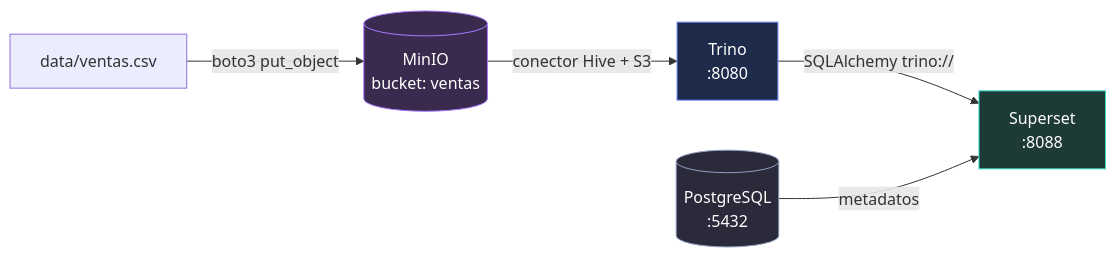
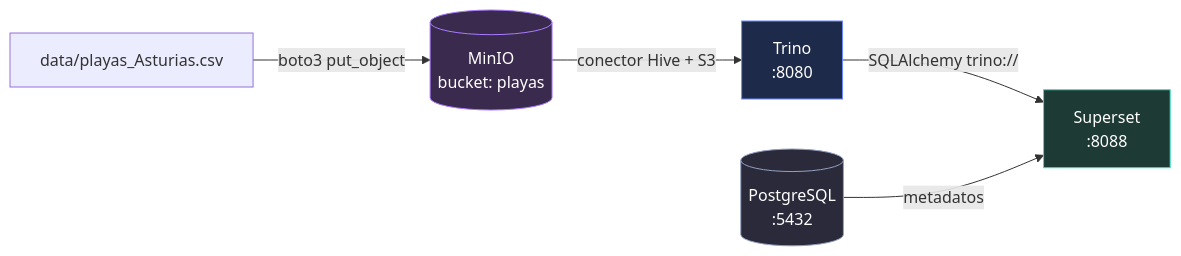
Before and after one commit to saioaul/minio-trino-superset-stack: the diagram in README.md, drawn with Mermaid. The commit also changed other lines of this file and 12 other files, not shown here.

First line of the commit message:
Migrar el stack de ventas.csv a playas_Asturias.csv

````diff
--- a/README.md
+++ b/README.md
@@ -9,12 +9,12 @@
 ```mermaid
 flowchart LR
-    A[data/ventas.csv] -->|boto3 put_object| B[(MinIO<br/>bucket: ventas)]
+    A[data/playas_Asturias.csv] -->|boto3 put_object| B[(MinIO<br/>bucket: playas)]
     B -->|conector Hive + S3| C[Trino<br/>:8080]
     C -->|SQLAlchemy trino://| D[Superset<br/>:8088]
     E[(PostgreSQL<br/>:5432)] -->|metadatos| D
 
     style B fill:#3a2a4d,stroke:#a97bff,color:#fff
     style C fill:#1e2a4a,stroke:#6d8cff,color:#fff
     style D fill:#1e3a35,stroke:#38e0c8,color:#fff
     style E fill:#2a2a3a,stroke:#93a0c0,color:#fff
 ```
````
